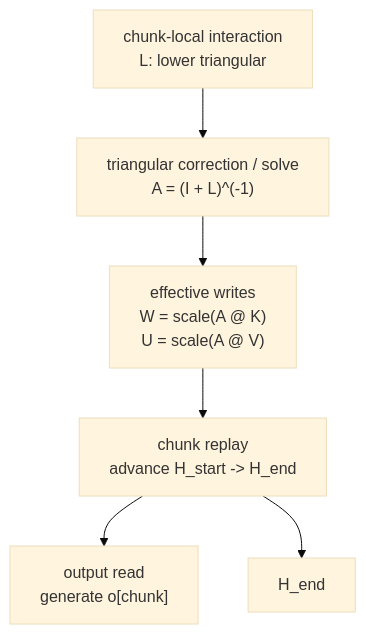
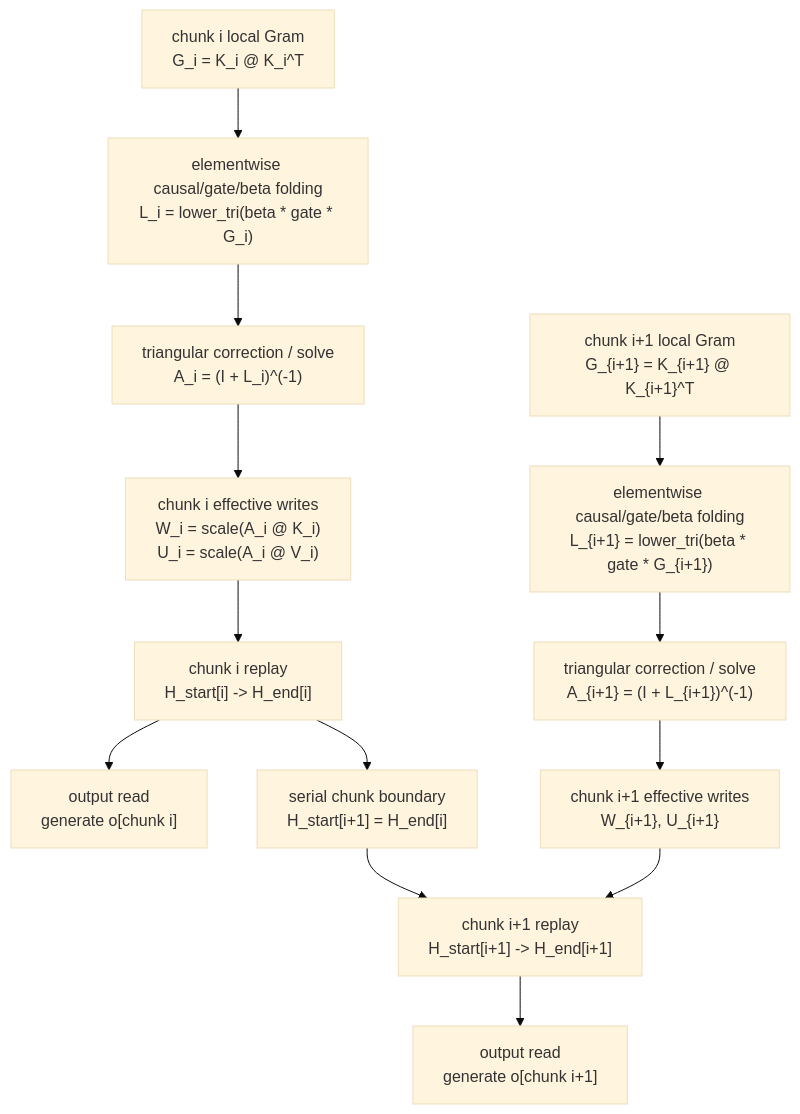
Before and after one commit to superAngGao/GDN-files: the diagram in presentations/gdn-prefill-cp-split-neumann-zh-v2.md, drawn with Mermaid (base theme).

Commit message:
Clarify chunk replay dependency flow

````diff
--- a/presentations/gdn-prefill-cp-split-neumann-zh-v2.md
+++ b/presentations/gdn-prefill-cp-split-neumann-zh-v2.md
@@ -65,14 +65,29 @@
 ```mermaid
 flowchart TD
-    L["chunk-local interaction\nL: lower triangular"]
-    A["triangular correction / solve\nA = (I + L)^(-1)"]
-    EW["effective writes\nW = scale(A @ K)\nU = scale(A @ V)"]
-    Replay["chunk replay\nadvance H_start -> H_end"]
-    Output["output read\ngenerate o[chunk]"]
+    GramI["chunk i local Gram\nG_i = K_i @ K_i^T"]
+    LI["elementwise causal/gate/beta folding\nL_i = lower_tri(beta * gate * G_i)"]
+    AI["triangular correction / solve\nA_i = (I + L_i)^(-1)"]
+    EWI["chunk i effective writes\nW_i = scale(A_i @ K_i)\nU_i = scale(A_i @ V_i)"]
+    ReplayI["chunk i replay\nH_start[i] -> H_end[i]"]
+    OutputI["output read\ngenerate o[chunk i]"]
+    NextStart["serial chunk boundary\nH_start[i+1] = H_end[i]"]
+    GramJ["chunk i+1 local Gram\nG_{i+1} = K_{i+1} @ K_{i+1}^T"]
+    LJ["elementwise causal/gate/beta folding\nL_{i+1} = lower_tri(beta * gate * G_{i+1})"]
+    AJ["triangular correction / solve\nA_{i+1} = (I + L_{i+1})^(-1)"]
+    EWJ["chunk i+1 effective writes\nW_{i+1}, U_{i+1}"]
+    ReplayJ["chunk i+1 replay\nH_start[i+1] -> H_end[i+1]"]
+    OutputJ["output read\ngenerate o[chunk i+1]"]
 
-    L --> A
-    A --> EW
-    EW --> Replay
-    Replay --> Output
-    Replay --> HEnd["H_end"]
+    GramI --> LI
+    LI --> AI
+    AI --> EWI
+    EWI --> ReplayI
+    ReplayI --> OutputI
+    ReplayI --> NextStart
+    GramJ --> LJ
+    LJ --> AJ
+    AJ --> EWJ
+    EWJ --> ReplayJ
+    NextStart --> ReplayJ
+    ReplayJ --> OutputJ
 ```
````
